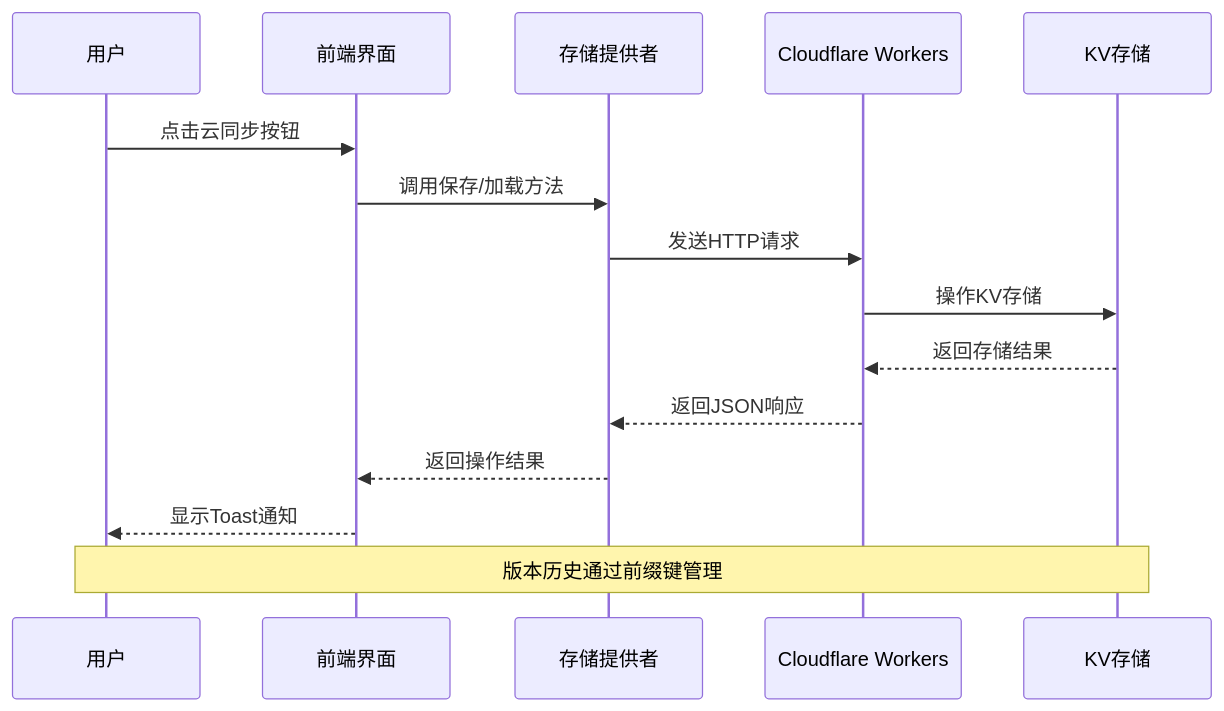
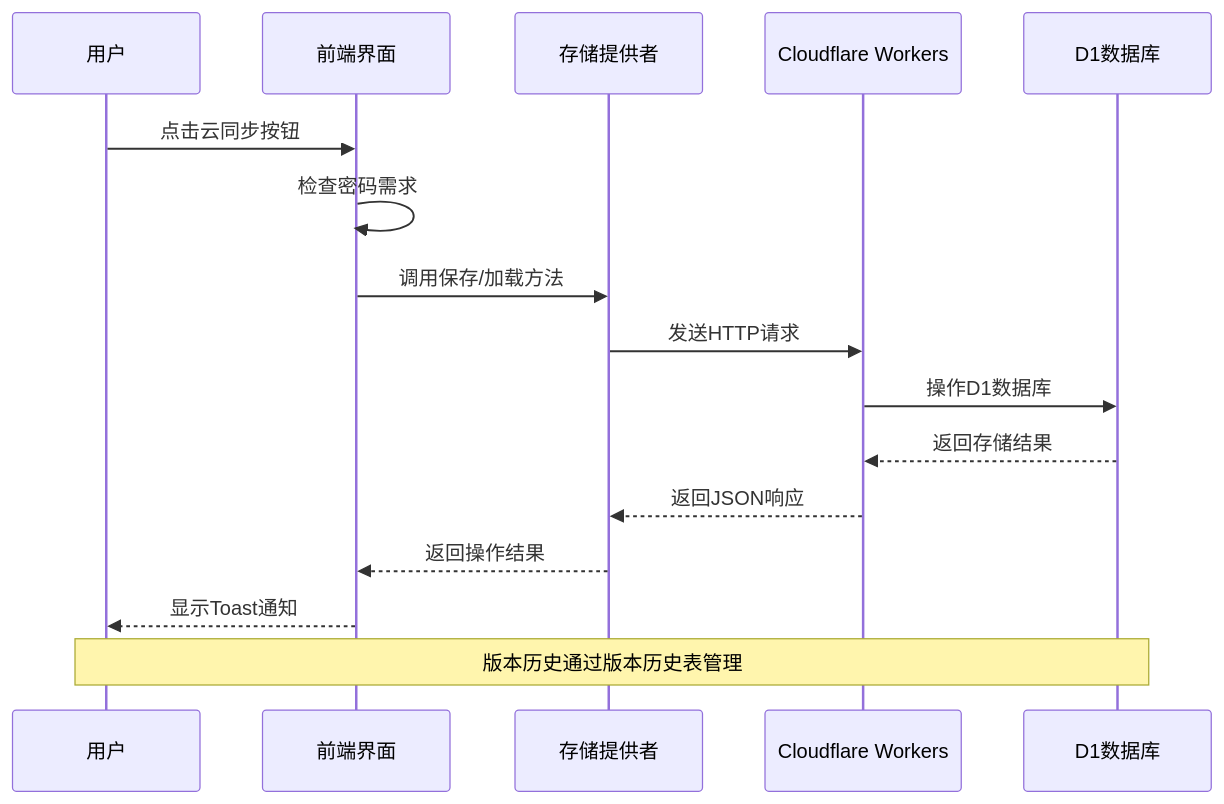
One commit to steveyu2/formula-mapper changed the second of 10 diagrams in .qoder/repowiki/zh/content/用户指南/数据管理/云同步集成.md. Above: the diagram before and after it, drawn with Mermaid. The commit also changed other lines of this file and 5 other files, not shown here.

````diff
--- a/.qoder/repowiki/zh/content/用户指南/数据管理/云同步集成.md
+++ b/.qoder/repowiki/zh/content/用户指南/数据管理/云同步集成.md
@@ -158,17 +167,18 @@
 ```mermaid
 sequenceDiagram
 participant User as 用户
 participant UI as 前端界面
 participant Provider as 存储提供者
 participant Worker as Cloudflare Workers
-participant KV as KV存储
+participant D1 as D1数据库
 User->>UI : 点击云同步按钮
+UI->>UI : 检查密码需求
 UI->>Provider : 调用保存/加载方法
 Provider->>Worker : 发送HTTP请求
-Worker->>KV : 操作KV存储
-KV-->>Worker : 返回存储结果
+Worker->>D1 : 操作D1数据库
+D1-->>Worker : 返回存储结果
 Worker-->>Provider : 返回JSON响应
 Provider-->>UI : 返回操作结果
 UI-->>User : 显示Toast通知
-Note over User,KV : 版本历史通过前缀键管理
+Note over User,D1 : 版本历史通过版本历史表管理
 ```
````
